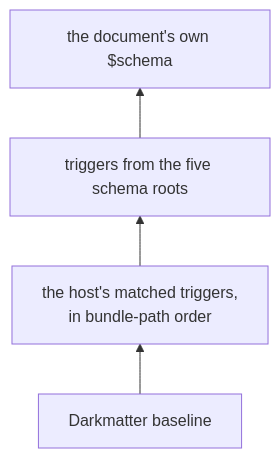
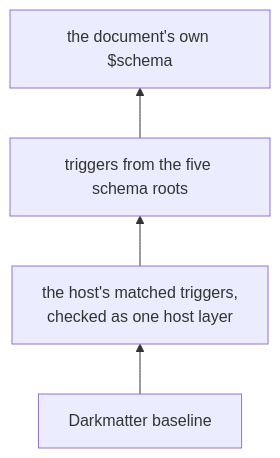
The fourth of 6 diagrams in darkmatter/docs/topics/host-registration.md (yankeeinlondon/rusty-biscuit), drawn with Mermaid before and after one commit. The commit also changed other lines of this file and 10 other files, not shown here.

First line of the commit message:
docs(darkmatter): document registered host schema layers

````diff
--- a/darkmatter/docs/topics/host-registration.md
+++ b/darkmatter/docs/topics/host-registration.md
@@ -492,6 +525,6 @@
 ```mermaid
 flowchart BT
-    B[Darkmatter baseline] --> H[the host's matched triggers,<br/>in bundle-path order]
+    B[Darkmatter baseline] --> H[the host's matched triggers,<br/>checked as one host layer]
     H --> R[triggers from the five schema roots]
     R --> D[the document's own $schema]
 ```
````
